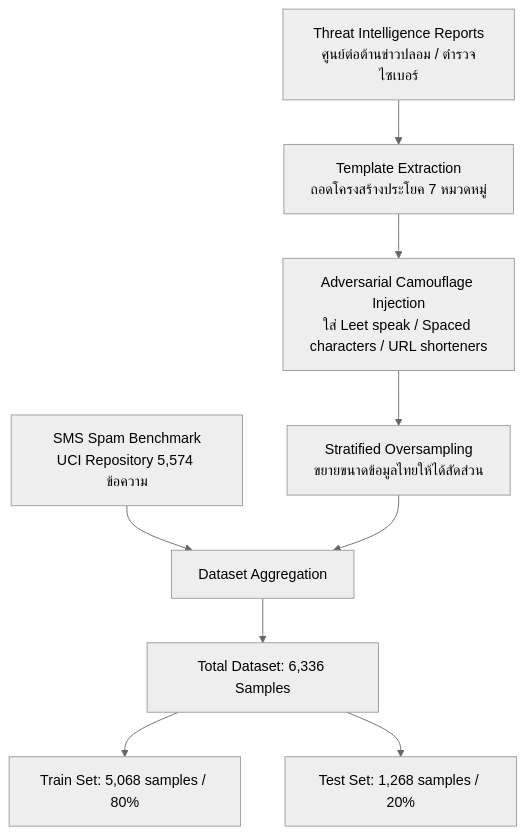
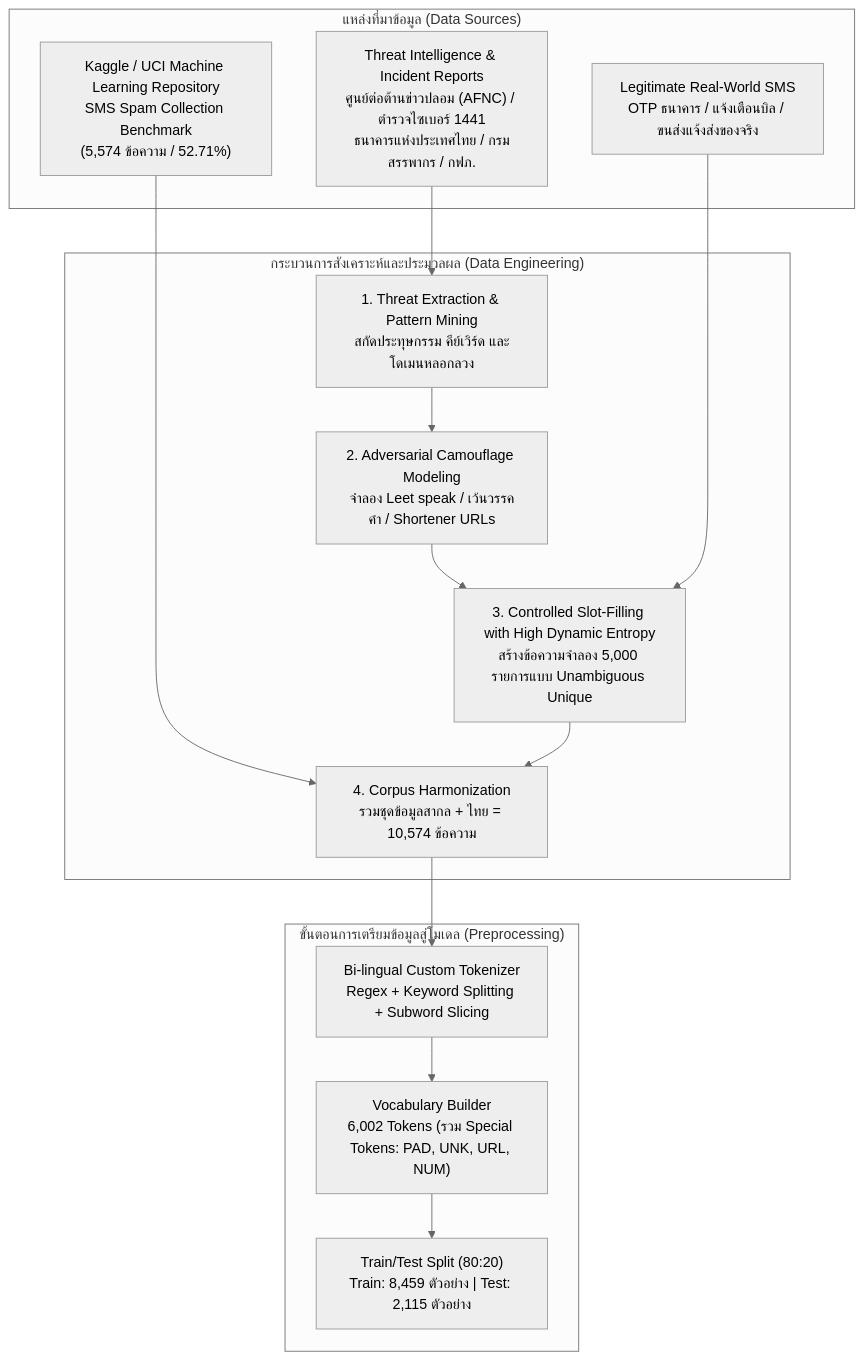
One commit to naza1144/DL_project changed the diagram in REFERENCES.md. Above: the diagram before and after it, drawn with Mermaid (neutral theme). The commit also changed other lines of this file and 82 other files, not shown here.

````diff
--- a/REFERENCES.md
+++ b/REFERENCES.md
@@ -112,11 +106,31 @@
 ```mermaid
 flowchart TD
-    A[Threat Intelligence Reports<br/>ศูนย์ต่อต้านข่าวปลอม / ตำรวจไซเบอร์] --> B[Template Extraction<br/>ถอดโครงสร้างประโยค 7 หมวดหมู่]
-    C[SMS Spam Benchmark<br/>UCI Repository 5,574 ข้อความ] --> D[Dataset Aggregation]
-    B --> E[Adversarial Camouflage Injection<br/>ใส่ Leet speak / Spaced characters / URL shorteners]
-    E --> F[Stratified Oversampling<br/>ขยายขนาดข้อมูลไทยให้ได้สัดส่วน]
-    F --> D
-    D --> G[Total Dataset: 6,336 Samples]
-    G --> H[Train Set: 5,068 samples / 80%]
-    G --> I[Test Set: 1,268 samples / 20%]
+    subgraph Data_Sources["แหล่งที่มาข้อมูล (Data Sources)"]
+        Kaggle["Kaggle / UCI Machine Learning Repository<br/>SMS Spam Collection Benchmark<br/>(5,574 ข้อความ / 52.71%)"]
+        ThreatIntel["Threat Intelligence & Incident Reports<br/>ศูนย์ต่อต้านข่าวปลอม (AFNC) / ตำรวจไซเบอร์ 1441<br/>ธนาคารแห่งประเทศไทย / กรมสรรพากร / กฟภ."]
+        BenignSMS["Legitimate Real-World SMS<br/>OTP ธนาคาร / แจ้งเตือนบิล / ขนส่งแจ้งส่งของจริง"]
+    end
+
+    subgraph Data_Engineering["กระบวนการสังเคราะห์และประมวลผล (Data Engineering)"]
+        ThreatExtraction["1. Threat Extraction & Pattern Mining<br/>สกัดประทุษกรรม คีย์เวิร์ด และโดเมนหลอกลวง"]
+        AdversarialModeling["2. Adversarial Camouflage Modeling<br/>จำลอง Leet speak / เว้นวรรคคำ / Shortener URLs"]
+        CombinatorialGen["3. Controlled Slot-Filling with High Dynamic Entropy<br/>สร้างข้อความจำลอง 5,000 รายการแบบ Unambiguous Unique"]
+        MergeDatasets["4. Corpus Harmonization<br/>รวมชุดข้อมูลสากล + ไทย = 10,574 ข้อความ"]
+    end
+
+    subgraph Training_Pipeline["ขั้นตอนการเตรียมข้อมูลสู่โมเดล (Preprocessing)"]
+        Tokenizer["Bi-lingual Custom Tokenizer<br/>Regex + Keyword Splitting + Subword Slicing"]
+        VocabBuild["Vocabulary Builder<br/>6,002 Tokens (รวม Special Tokens: PAD, UNK, URL, NUM)"]
+        StratifiedSplit["Train/Test Split (80:20)<br/>Train: 8,459 ตัวอย่าง | Test: 2,115 ตัวอย่าง"]
+    end
+
+    Kaggle --> MergeDatasets
+    ThreatIntel --> ThreatExtraction
+    ThreatExtraction --> AdversarialModeling
+    AdversarialModeling --> CombinatorialGen
+    BenignSMS --> CombinatorialGen
+    CombinatorialGen --> MergeDatasets
+    MergeDatasets --> Tokenizer
+    Tokenizer --> VocabBuild
+    VocabBuild --> StratifiedSplit
 ```
````
